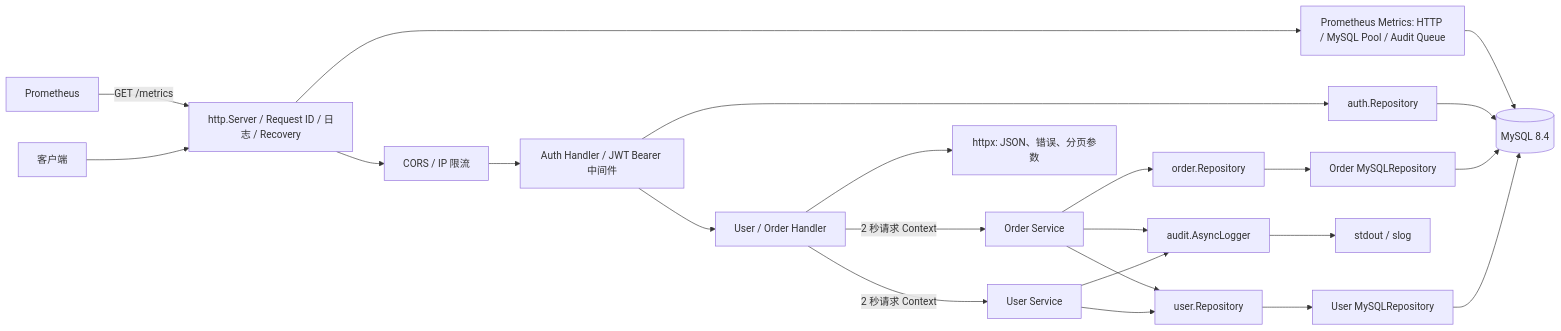
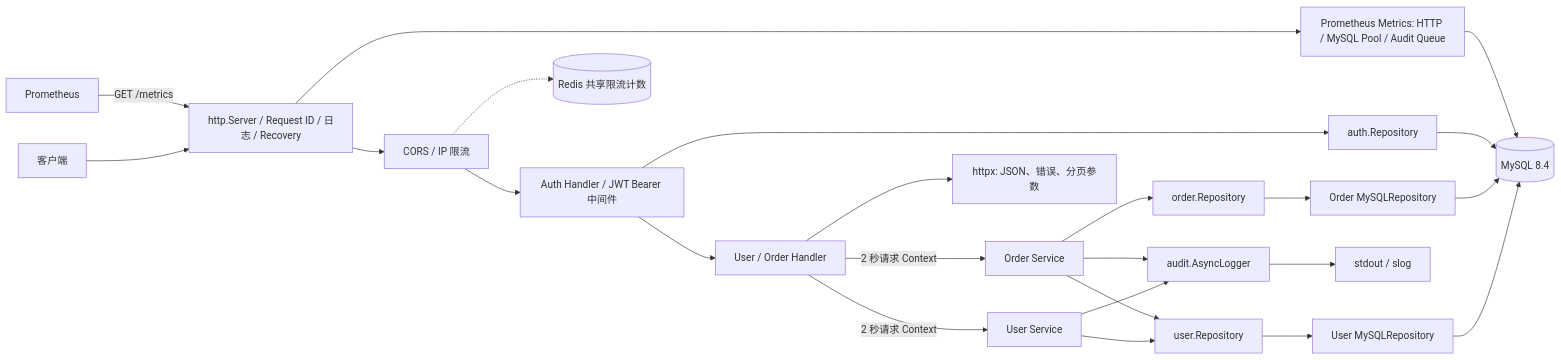
The diagram in user-order-api/docs/architecture.md (HillBridge/codex-go-web-api), drawn with Mermaid before and after one commit. The commit also changed other lines of this file and 23 other files, not shown here.

````diff
--- a/user-order-api/docs/architecture.md
+++ b/user-order-api/docs/architecture.md
@@ -9,25 +9,26 @@
 ```mermaid
 flowchart LR
   C[客户端] --> S[http.Server / Request ID / 日志 / Recovery]
   P[Prometheus] -->|GET /metrics| S
   S --> SEC[CORS / IP 限流]
   SEC --> AH[Auth Handler / JWT Bearer 中间件]
+  SEC -.-> RL[(Redis 共享限流计数)]
   AH --> H[User / Order Handler]
   H -->|2 秒请求 Context| US[User Service]
   H -->|2 秒请求 Context| OS[Order Service]
   H --> X[httpx: JSON、错误、分页参数]
   US --> UR[user.Repository]
   OS --> OR[order.Repository]
   OS --> UR
   UR --> MR[User MySQLRepository]
   OR --> MOR[Order MySQLRepository]
   MR --> DB[(MySQL 8.4)]
   MOR --> DB
   AH --> AR[auth.Repository]
   AR --> DB
   US --> A[audit.AsyncLogger]
   OS --> A
   A --> L[stdout / slog]
   S --> M[Prometheus Metrics: HTTP / MySQL Pool / Audit Queue]
   M --> DB
 ```
````
